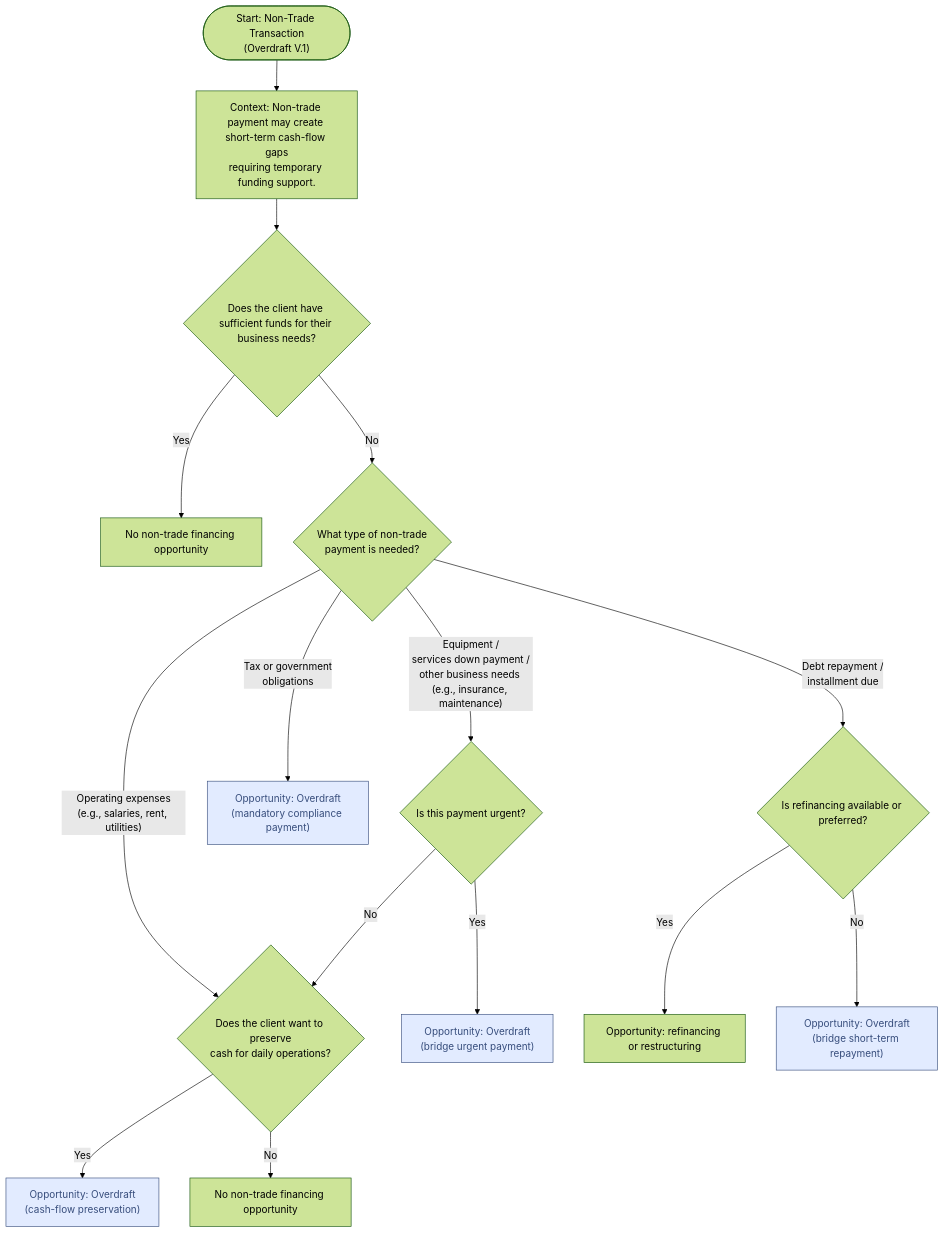
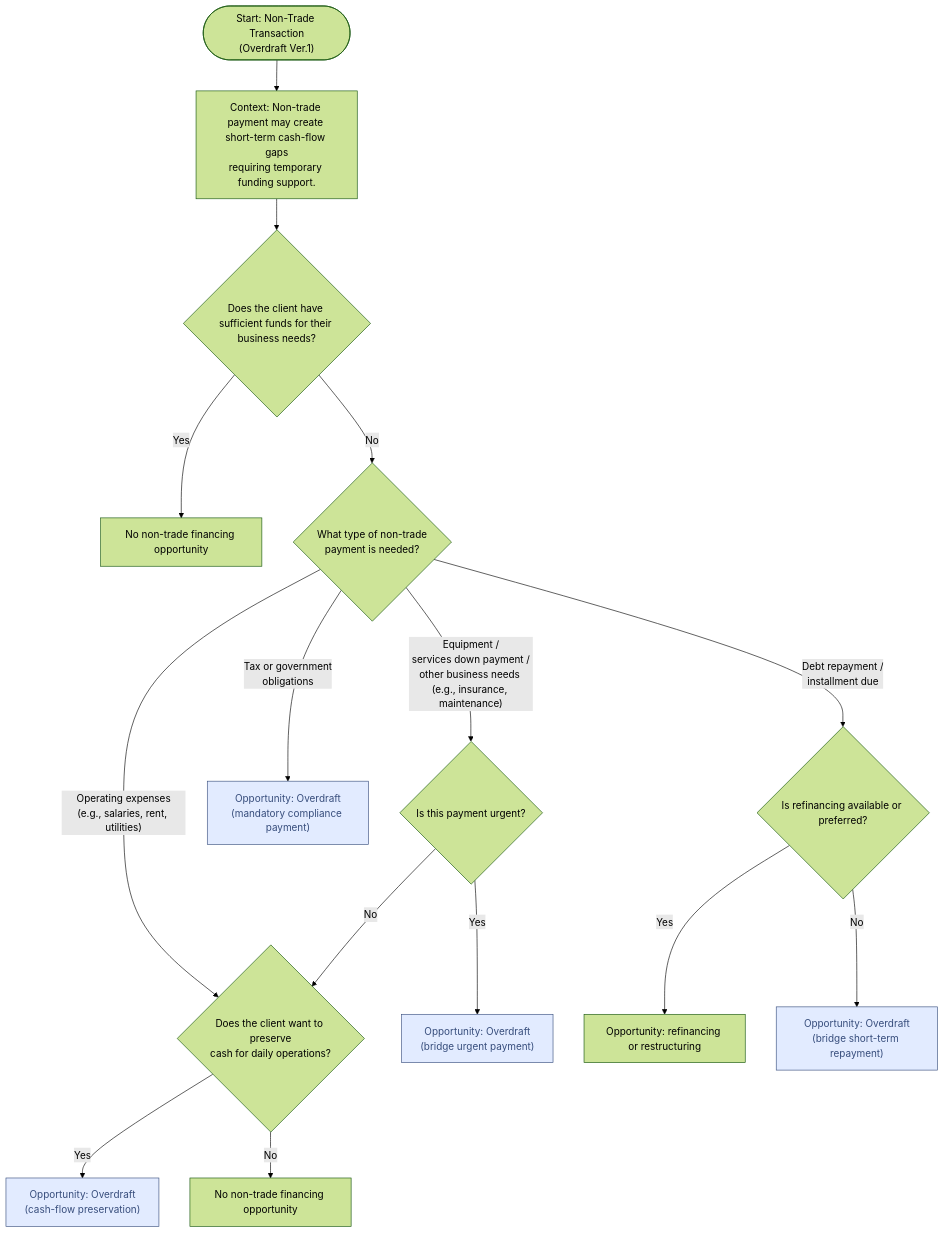
Before and after one commit to sage-develop/why: the diagram in tvc_decision_trees/loans_non_trade_trees/overdraft_tree.md, drawn with Mermaid (forest theme). The commit also changed 1 other file, not shown here.

Commit message:
add version of overdraft

````diff
--- a/tvc_decision_trees/loans_non_trade_trees/overdraft_tree.md
+++ b/tvc_decision_trees/loans_non_trade_trees/overdraft_tree.md
@@ -9,24 +9,24 @@
 ```mermaid
 flowchart TD
-    Start@{ label: "Start: Non-Trade Transaction<br style=\"--tw-scale-x:\">(Overdraft V.1)" } -- <br> --> Context["Context: Non-trade payment may create short-term cash-flow gaps<br>requiring temporary funding support."]
+    Start@{ label: "Start: Non-Trade Transaction<br style=\"--tw-scale-x:\">(Overdraft Ver.1)" } -- <br> --> Context["Context: Non-trade payment may create short-term cash-flow gaps<br>requiring temporary funding support."]
     Context --> Q1{"Does the client have sufficient funds for their business needs?"}
     Q1 -- Yes --> End1["No non-trade financing opportunity"]
     Q1 -- No --> Q2{"What type of non-trade<br>payment is needed?"}
     Q2 -- "Operating expenses<br>(e.g., salaries, rent, utilities)" --> Q4{"Does the client want to preserve<br>cash for daily operations?"}
     Q2 -- "Equipment /<br>services down payment /<br>other business needs <br>(e.g., insurance, maintenance)" --> Q3{"Is this payment urgent?"}
     Q2 -- Tax or government<br>obligations --> OD1["Opportunity: Overdraft<br>(mandatory compliance payment)"]
     Q2 -- Debt repayment /<br>installment due --> Q5{"Is refinancing available or preferred?"}
     Q3 -- Yes --> OD3["Opportunity: Overdraft<br>(bridge urgent payment)"]
     Q3 -- No --> Q4
     Q4 -- Yes --> OD2["Opportunity: Overdraft<br>(cash-flow preservation)"]
     Q4 -- No --> End2["No non-trade financing opportunity"]
     Q5 -- Yes --> End3["Opportunity: refinancing or restructuring"]
     Q5 -- No --> OD5["Opportunity: Overdraft<br>(bridge short-term repayment)"]
 
     Start@{ shape: stadium}
      OD1:::Sky
      OD3:::Sky
      OD2:::Sky
      OD5:::Sky
     classDef Sky stroke-width:1px, stroke-dasharray:none, stroke:#374D7C, fill:#E2EBFF, color:#374D7C
 ```
````
